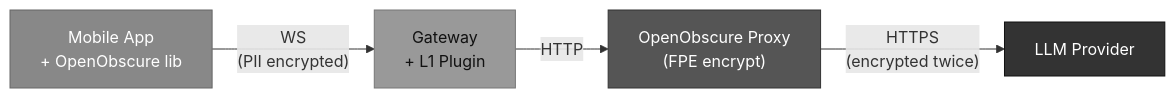
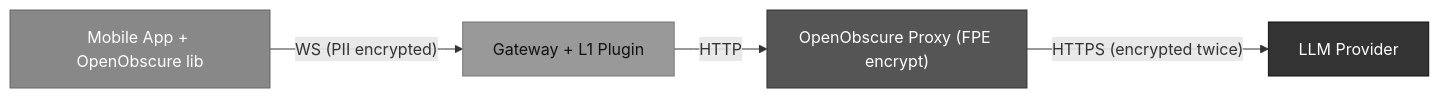
One commit to OpenObscure/OpenObscure changed the third of 14 diagrams in ARCHITECTURE.md. Above: the diagram before and after it, drawn with Mermaid. The commit also changed other lines of this file and 1 other file, not shown here.

First line of the commit message:
Remove \n line breaks from mermaid flowchart labels

````diff
--- a/ARCHITECTURE.md
+++ b/ARCHITECTURE.md
@@ -108,11 +108,11 @@
 ```mermaid
 flowchart LR
-    phone["Mobile App\n+ OpenObscure lib"] -- "WS\n(PII encrypted)" --> gw["Gateway\n+ L1 Plugin"]
-    gw -- "HTTP" --> proxy["OpenObscure Proxy\n(FPE encrypt)"]
-    proxy -- "HTTPS\n(encrypted twice)" --> llm["LLM Provider"]
+    phone["Mobile App + OpenObscure lib"] -- "WS (PII encrypted)" --> gw["Gateway + L1 Plugin"]
+    gw -- "HTTP" --> proxy["OpenObscure Proxy (FPE encrypt)"]
+    proxy -- "HTTPS (encrypted twice)" --> llm["LLM Provider"]
 
     style phone fill:#888,stroke:#666,color:#fff
     style gw fill:#999,stroke:#777,color:#111
     style proxy fill:#555,stroke:#333,color:#fff
     style llm fill:#333,stroke:#111,color:#fff
 ```
````
